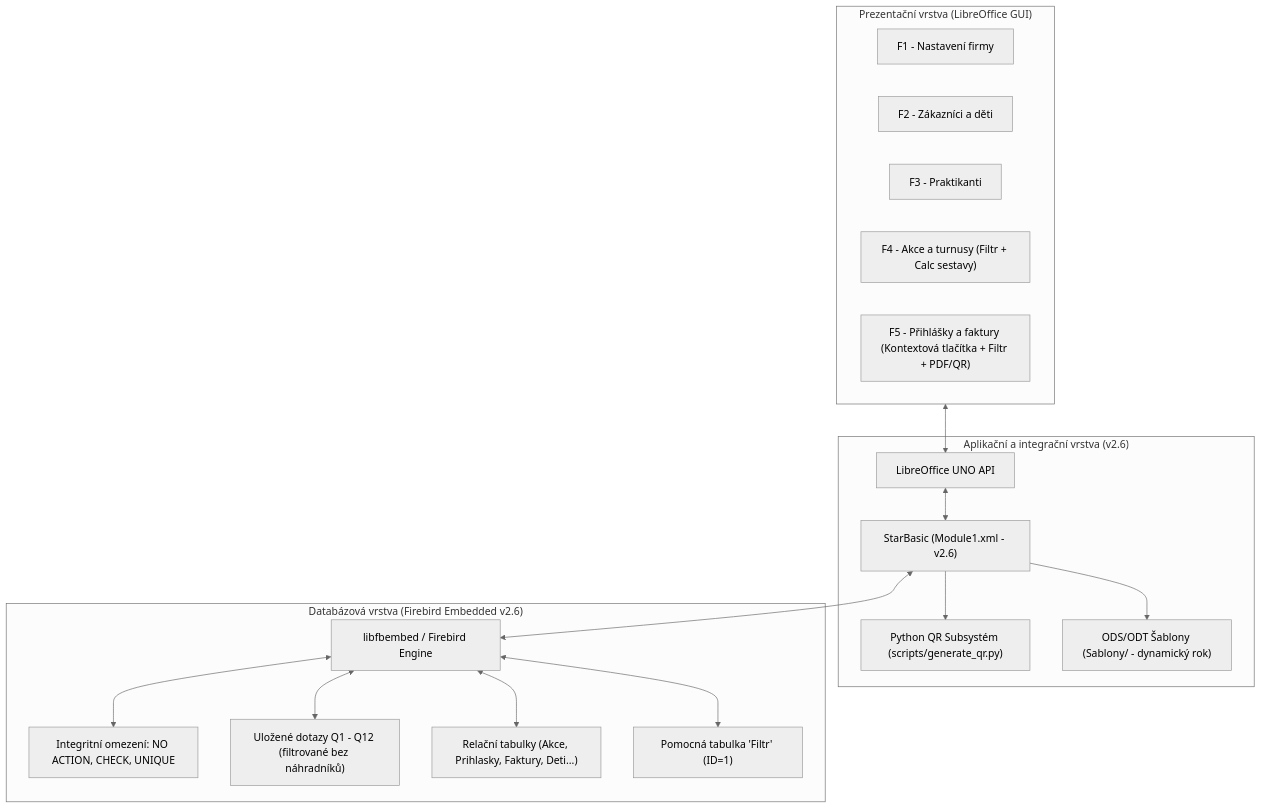
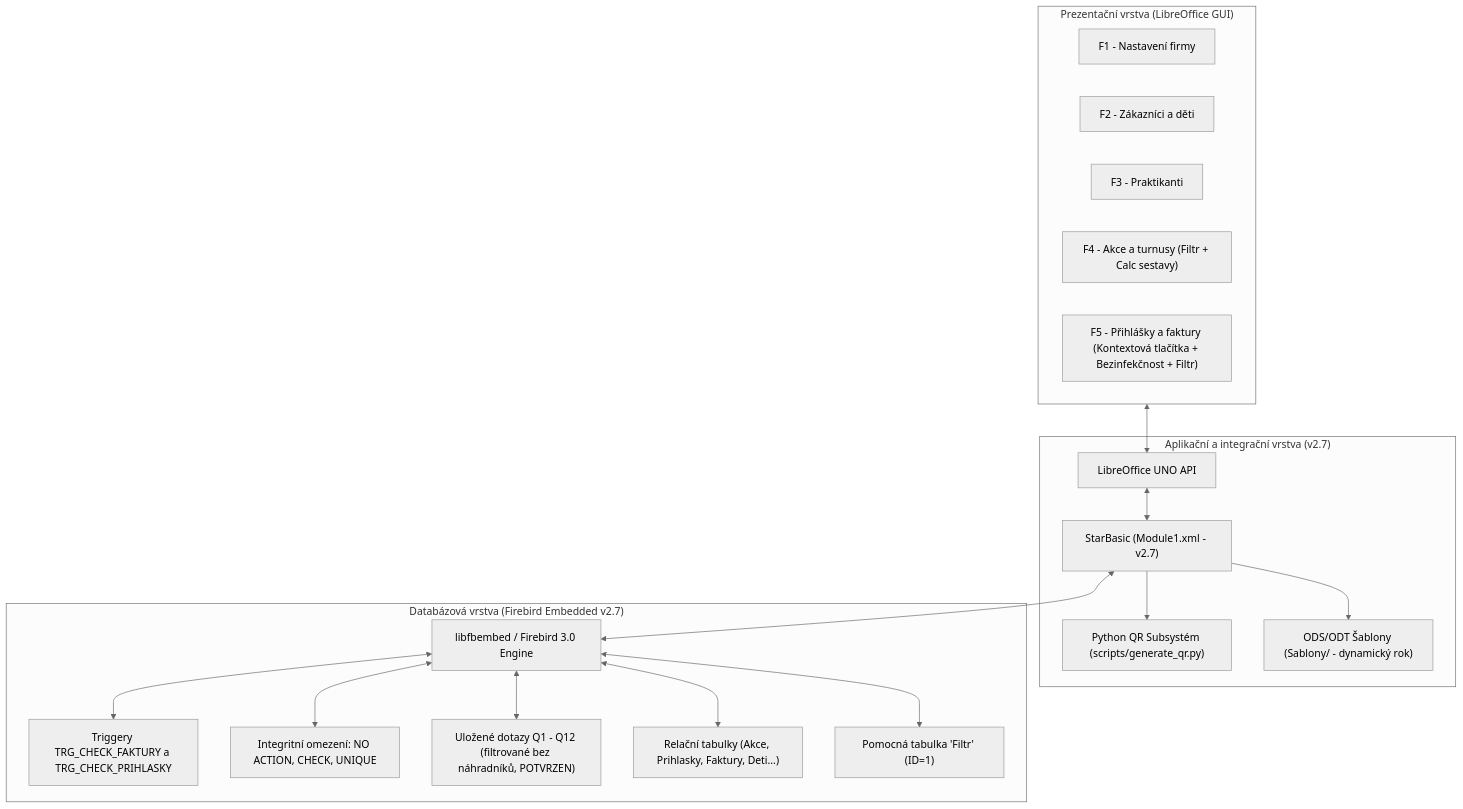
Before and after one commit to krouziciorel/Libre_Office_Base_Stastny_statek_root_cz: the diagram in programatorska_dokumentace.md, drawn with Mermaid (neutral theme). The commit also changed other lines of this file and 37 other files, not shown here.

````diff
--- a/programatorska_dokumentace.md
+++ b/programatorska_dokumentace.md
@@ -15,35 +15,37 @@
 ```mermaid
 flowchart TD
     subgraph UI_Layer["Prezentační vrstva (LibreOffice GUI)"]
         F1["F1 - Nastavení firmy"]
         F2["F2 - Zákazníci a děti"]
         F3["F3 - Praktikanti"]
         F4["F4 - Akce a turnusy (Filtr + Calc sestavy)"]
-        F5["F5 - Přihlášky a faktury (Kontextová tlačítka + Filtr + PDF/QR)"]
+        F5["F5 - Přihlášky a faktury (Kontextová tlačítka + Bezinfekčnost + Filtr)"]
     end
 
-    subgraph Logic_Layer["Aplikační a integrační vrstva (v2.6)"]
+    subgraph Logic_Layer["Aplikační a integrační vrstva (v2.7)"]
         UNO["LibreOffice UNO API"]
-        BASIC["StarBasic (Module1.xml - v2.6)"]
+        BASIC["StarBasic (Module1.xml - v2.7)"]
         PY_QR["Python QR Subsystém (scripts/generate_qr.py)"]
         TEMPLATES["ODS/ODT Šablony (Sablony/ - dynamický rok)"]
     end
 
-    subgraph DB_Layer["Databázová vrstva (Firebird Embedded v2.6)"]
-        ENGINE["libfbembed / Firebird Engine"]
+    subgraph DB_Layer["Databázová vrstva (Firebird Embedded v2.7)"]
+        ENGINE["libfbembed / Firebird 3.0 Engine"]
+        TRIGGERS["Triggery TRG_CHECK_FAKTURY a TRG_CHECK_PRIHLASKY"]
         CONSTRAINTS["Integritní omezení: NO ACTION, CHECK, UNIQUE"]
-        QUERIES["Uložené dotazy Q1 - Q12 (filtrované bez náhradníků)"]
+        QUERIES["Uložené dotazy Q1 - Q12 (filtrované bez náhradníků, POTVRZEN)"]
         TABLES["Relační tabulky (Akce, Prihlasky, Faktury, Deti...)"]
         FILTER_TAB["Pomocná tabulka 'Filtr' (ID=1)"]
     end
 
     UI_Layer <--> UNO
     UNO <--> BASIC
     BASIC --> PY_QR
     BASIC --> TEMPLATES
     BASIC <--> ENGINE
+    ENGINE <--> TRIGGERS
     ENGINE <--> CONSTRAINTS
     ENGINE <--> QUERIES
     ENGINE <--> TABLES
     ENGINE <--> FILTER_TAB
 ```
````
